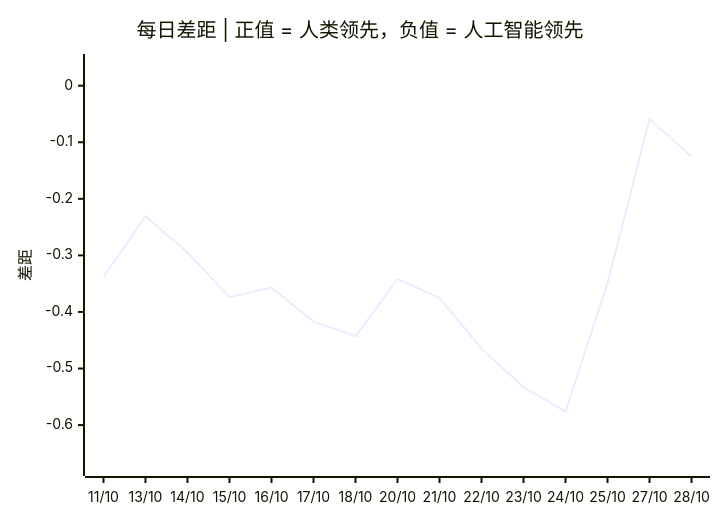
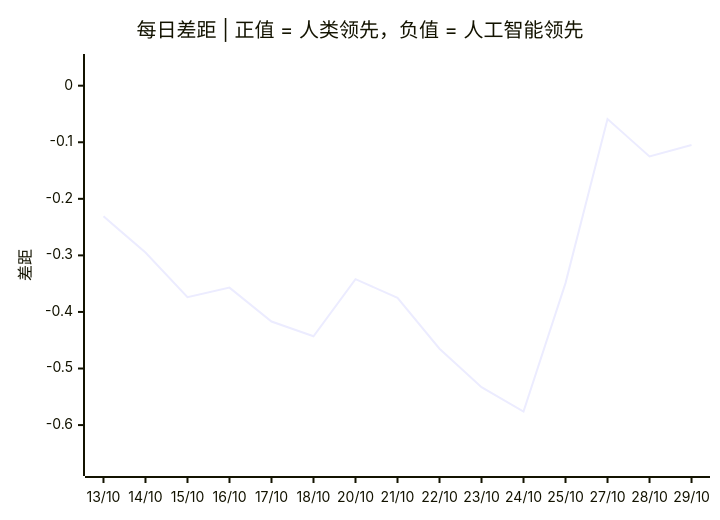
The third of 3 diagrams in README.zh.md (VQQLK/Human-AI-Monitor), drawn with Mermaid before and after one commit. The commit also changed other lines of this file and 5 other files, not shown here.

````diff
--- a/README.zh.md
+++ b/README.zh.md
@@ -56,7 +56,7 @@
 ```mermaid
 xychart-beta
     title "每日差距 | 正值 = 人类领先，负值 = 人工智能领先"
-    x-axis ["11/10", "13/10", "14/10", "15/10", "16/10", "17/10", "18/10", "20/10", "21/10", "22/10", "23/10", "24/10", "25/10", "27/10", "28/10"]
+    x-axis ["13/10", "14/10", "15/10", "16/10", "17/10", "18/10", "20/10", "21/10", "22/10", "23/10", "24/10", "25/10", "27/10", "28/10", "29/10"]
     y-axis "差距" -0.675 --> 0.041
-    line [-0.338, -0.231, -0.295, -0.374, -0.357, -0.417, -0.443, -0.342, -0.375, -0.465, -0.533, -0.576, -0.349, -0.059, -0.125]
+    line [-0.231, -0.295, -0.374, -0.357, -0.417, -0.443, -0.342, -0.375, -0.465, -0.533, -0.576, -0.349, -0.059, -0.125, -0.105]
 ```
````
